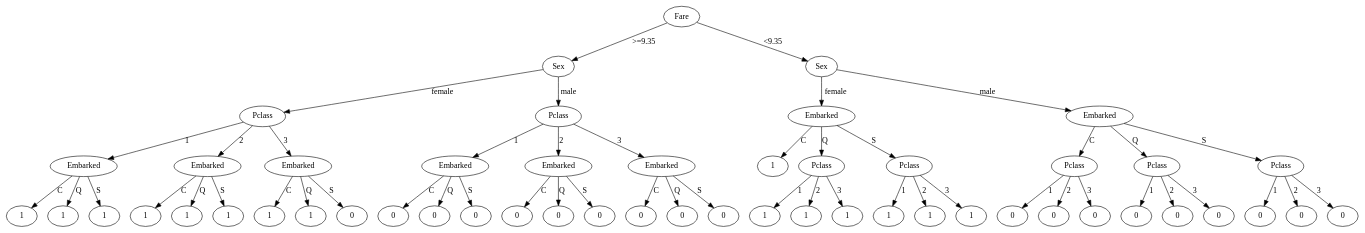
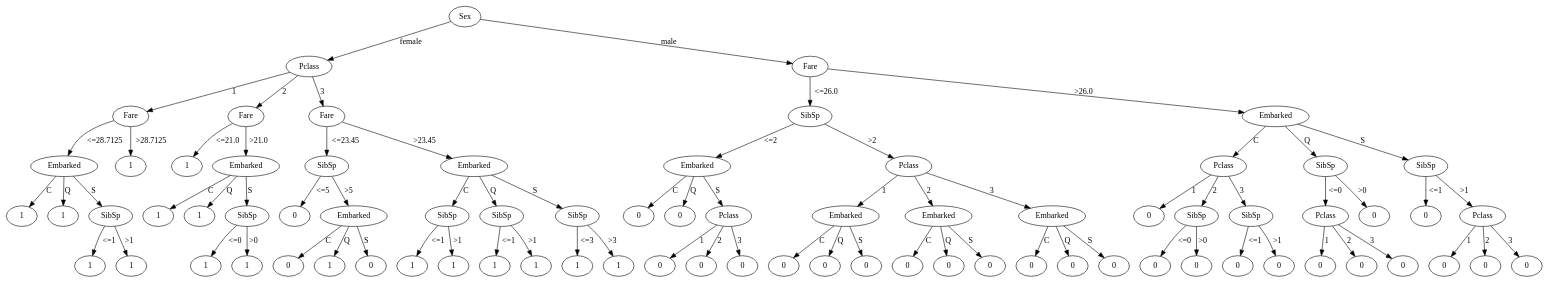
One commit to jimoskar/methodsInAI changed the diagram in Ex4/test-output/round-table.gv. Above: the diagram before and after it, drawn with Graphviz. The commit also changed 2 other files, not shown here.

```diff
--- a/Ex4/test-output/round-table.gv
+++ b/Ex4/test-output/round-table.gv
@@ -1,106 +1,158 @@
 // Decision Tree
 digraph {
-	99 [label=Fare]
-	98 [label=Sex]
-	99 -> 98 [label=">=9.35"]
-	97 [label=Pclass]
-	98 -> 97 [label=female]
+	99 [label=Sex]
+	98 [label=Pclass]
+	99 -> 98 [label=female]
+	97 [label=Fare]
+	98 -> 97 [label=1]
 	96 [label=Embarked]
-	97 -> 96 [label=1]
+	97 -> 96 [label="<=28.7125"]
 	95 [label=1]
 	96 -> 95 [label=C]
 	94 [label=1]
 	96 -> 94 [label=Q]
-	93 [label=1]
+	93 [label=SibSp]
 	96 -> 93 [label=S]
-	92 [label=Embarked]
-	97 -> 92 [label=2]
+	92 [label=1]
+	93 -> 92 [label="<=1"]
 	91 [label=1]
-	92 -> 91 [label=C]
+	93 -> 91 [label=">1"]
 	90 [label=1]
-	92 -> 90 [label=Q]
-	89 [label=1]
-	92 -> 89 [label=S]
-	88 [label=Embarked]
-	97 -> 88 [label=3]
-	87 [label=1]
-	88 -> 87 [label=C]
+	97 -> 90 [label=">28.7125"]
+	89 [label=Fare]
+	98 -> 89 [label=2]
+	88 [label=1]
+	89 -> 88 [label="<=21.0"]
+	87 [label=Embarked]
+	89 -> 87 [label=">21.0"]
 	86 [label=1]
-	88 -> 86 [label=Q]
-	85 [label=0]
-	88 -> 85 [label=S]
-	84 [label=Pclass]
-	98 -> 84 [label=male]
-	83 [label=Embarked]
-	84 -> 83 [label=1]
-	82 [label=0]
-	83 -> 82 [label=C]
-	81 [label=0]
-	83 -> 81 [label=Q]
-	80 [label=0]
-	83 -> 80 [label=S]
-	79 [label=Embarked]
-	84 -> 79 [label=2]
-	78 [label=0]
-	79 -> 78 [label=C]
+	87 -> 86 [label=C]
+	85 [label=1]
+	87 -> 85 [label=Q]
+	84 [label=SibSp]
+	87 -> 84 [label=S]
+	83 [label=1]
+	84 -> 83 [label="<=0"]
+	82 [label=1]
+	84 -> 82 [label=">0"]
+	81 [label=Fare]
+	98 -> 81 [label=3]
+	80 [label=SibSp]
+	81 -> 80 [label="<=23.45"]
+	79 [label=0]
+	80 -> 79 [label="<=5"]
+	78 [label=Embarked]
+	80 -> 78 [label=">5"]
 	77 [label=0]
-	79 -> 77 [label=Q]
-	76 [label=0]
-	79 -> 76 [label=S]
-	75 [label=Embarked]
-	84 -> 75 [label=3]
-	74 [label=0]
-	75 -> 74 [label=C]
-	73 [label=0]
-	75 -> 73 [label=Q]
-	72 [label=0]
-	75 -> 72 [label=S]
-	71 [label=Sex]
-	99 -> 71 [label="<9.35"]
-	70 [label=Embarked]
-	71 -> 70 [label=female]
+	78 -> 77 [label=C]
+	76 [label=1]
+	78 -> 76 [label=Q]
+	75 [label=0]
+	78 -> 75 [label=S]
+	74 [label=Embarked]
+	81 -> 74 [label=">23.45"]
+	73 [label=SibSp]
+	74 -> 73 [label=C]
+	72 [label=1]
+	73 -> 72 [label="<=1"]
+	71 [label=1]
+	73 -> 71 [label=">1"]
+	70 [label=SibSp]
+	74 -> 70 [label=Q]
 	69 [label=1]
-	70 -> 69 [label=C]
-	68 [label=Pclass]
-	70 -> 68 [label=Q]
-	67 [label=1]
-	68 -> 67 [label=1]
+	70 -> 69 [label="<=1"]
+	68 [label=1]
+	70 -> 68 [label=">1"]
+	67 [label=SibSp]
+	74 -> 67 [label=S]
 	66 [label=1]
-	68 -> 66 [label=2]
+	67 -> 66 [label="<=3"]
 	65 [label=1]
-	68 -> 65 [label=3]
-	64 [label=Pclass]
-	70 -> 64 [label=S]
-	63 [label=1]
-	64 -> 63 [label=1]
-	62 [label=1]
-	64 -> 62 [label=2]
-	61 [label=1]
-	64 -> 61 [label=3]
-	60 [label=Embarked]
-	71 -> 60 [label=male]
+	67 -> 65 [label=">3"]
+	64 [label=Fare]
+	99 -> 64 [label=male]
+	63 [label=SibSp]
+	64 -> 63 [label="<=26.0"]
+	62 [label=Embarked]
+	63 -> 62 [label="<=2"]
+	61 [label=0]
+	62 -> 61 [label=C]
+	60 [label=0]
+	62 -> 60 [label=Q]
 	59 [label=Pclass]
-	60 -> 59 [label=C]
+	62 -> 59 [label=S]
 	58 [label=0]
 	59 -> 58 [label=1]
 	57 [label=0]
 	59 -> 57 [label=2]
 	56 [label=0]
 	59 -> 56 [label=3]
 	55 [label=Pclass]
-	60 -> 55 [label=Q]
-	54 [label=0]
+	63 -> 55 [label=">2"]
+	54 [label=Embarked]
 	55 -> 54 [label=1]
 	53 [label=0]
-	55 -> 53 [label=2]
+	54 -> 53 [label=C]
 	52 [label=0]
-	55 -> 52 [label=3]
-	51 [label=Pclass]
-	60 -> 51 [label=S]
-	50 [label=0]
-	51 -> 50 [label=1]
+	54 -> 52 [label=Q]
+	51 [label=0]
+	54 -> 51 [label=S]
+	50 [label=Embarked]
+	55 -> 50 [label=2]
 	49 [label=0]
-	51 -> 49 [label=2]
+	50 -> 49 [label=C]
 	48 [label=0]
-	51 -> 48 [label=3]
+	50 -> 48 [label=Q]
+	47 [label=0]
+	50 -> 47 [label=S]
+	46 [label=Embarked]
+	55 -> 46 [label=3]
+	45 [label=0]
+	46 -> 45 [label=C]
+	44 [label=0]
+	46 -> 44 [label=Q]
+	43 [label=0]
+	46 -> 43 [label=S]
+	42 [label=Embarked]
+	64 -> 42 [label=">26.0"]
+	41 [label=Pclass]
+	42 -> 41 [label=C]
+	40 [label=0]
+	41 -> 40 [label=1]
+	39 [label=SibSp]
+	41 -> 39 [label=2]
+	38 [label=0]
+	39 -> 38 [label="<=0"]
+	37 [label=0]
+	39 -> 37 [label=">0"]
+	36 [label=SibSp]
+	41 -> 36 [label=3]
+	35 [label=0]
+	36 -> 35 [label="<=1"]
+	34 [label=0]
+	36 -> 34 [label=">1"]
+	33 [label=SibSp]
+	42 -> 33 [label=Q]
+	32 [label=Pclass]
+	33 -> 32 [label="<=0"]
+	31 [label=0]
+	32 -> 31 [label=1]
+	30 [label=0]
+	32 -> 30 [label=2]
+	29 [label=0]
+	32 -> 29 [label=3]
+	28 [label=0]
+	33 -> 28 [label=">0"]
+	27 [label=SibSp]
+	42 -> 27 [label=S]
+	26 [label=0]
+	27 -> 26 [label="<=1"]
+	25 [label=Pclass]
+	27 -> 25 [label=">1"]
+	24 [label=0]
+	25 -> 24 [label=1]
+	23 [label=0]
+	25 -> 23 [label=2]
+	22 [label=0]
+	25 -> 22 [label=3]
 }
```
